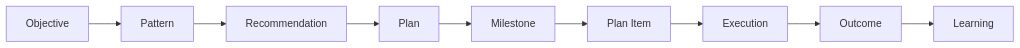
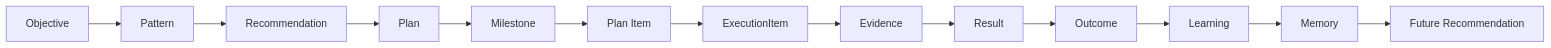
The second of 2 diagrams in architecture/data-flow.md (apjproduction/vgos-enterprise), drawn with Mermaid before and after one commit. The commit also changed other lines of this file and 23 other files, not shown here.

````diff
--- a/architecture/data-flow.md
+++ b/architecture/data-flow.md
@@ -25,11 +29,15 @@
 ```mermaid
 flowchart LR
   A["Objective"] --> B["Pattern"]
   B --> C["Recommendation"]
   C --> D["Plan"]
   D --> E["Milestone"]
   E --> F["Plan Item"]
-  F --> G["Execution"]
-  G --> H["Outcome"]
-  H --> I["Learning"]
+  F --> G["ExecutionItem"]
+  G --> H["Evidence"]
+  H --> I["Result"]
+  I --> J["Outcome"]
+  J --> K["Learning"]
+  K --> L["Memory"]
+  L --> M["Future Recommendation"]
 ```
````
